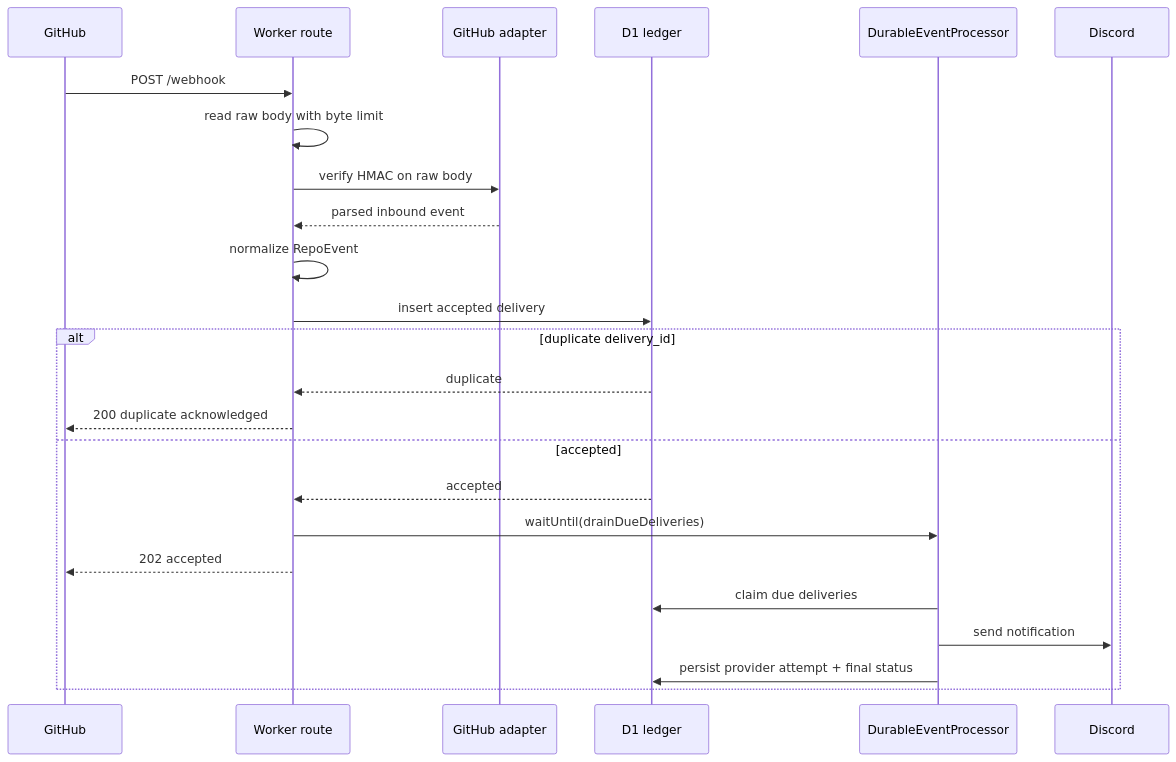
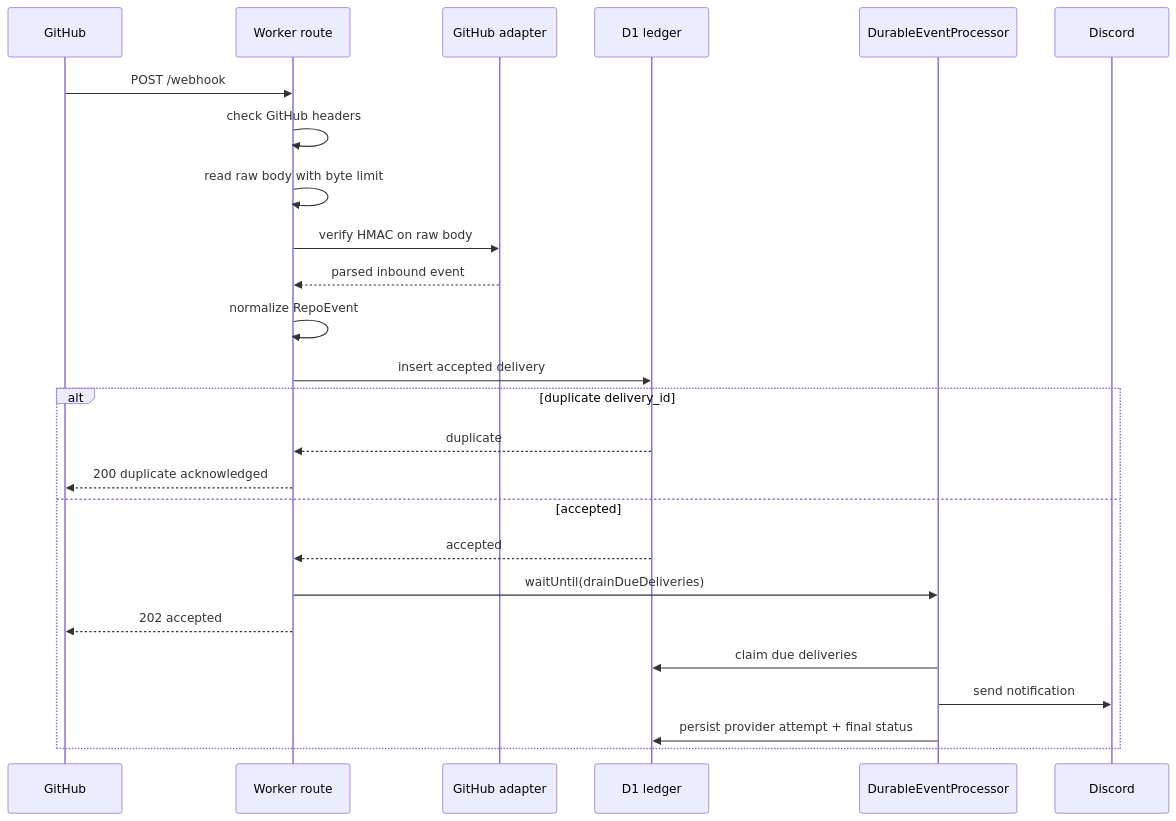
One commit to ayagmar/repo-pulse changed the second of 3 diagrams in docs/system-design.md. Above: the diagram before and after it, drawn with Mermaid. The commit also changed other lines of this file and 7 other files, not shown here.

````diff
--- a/docs/system-design.md
+++ b/docs/system-design.md
@@ -29,27 +29,28 @@
 ```mermaid
 sequenceDiagram
     participant GH as GitHub
     participant W as Worker route
     participant G as GitHub adapter
     participant L as D1 ledger
     participant P as DurableEventProcessor
     participant D as Discord
 
     GH->>W: POST /webhook
+    W->>W: check GitHub headers
     W->>W: read raw body with byte limit
     W->>G: verify HMAC on raw body
     G-->>W: parsed inbound event
     W->>W: normalize RepoEvent
     W->>L: insert accepted delivery
     alt duplicate delivery_id
         L-->>W: duplicate
         W-->>GH: 200 duplicate acknowledged
     else accepted
         L-->>W: accepted
         W->>P: waitUntil(drainDueDeliveries)
         W-->>GH: 202 accepted
         P->>L: claim due deliveries
         P->>D: send notification
         P->>L: persist provider attempt + final status
     end
 ```
````
